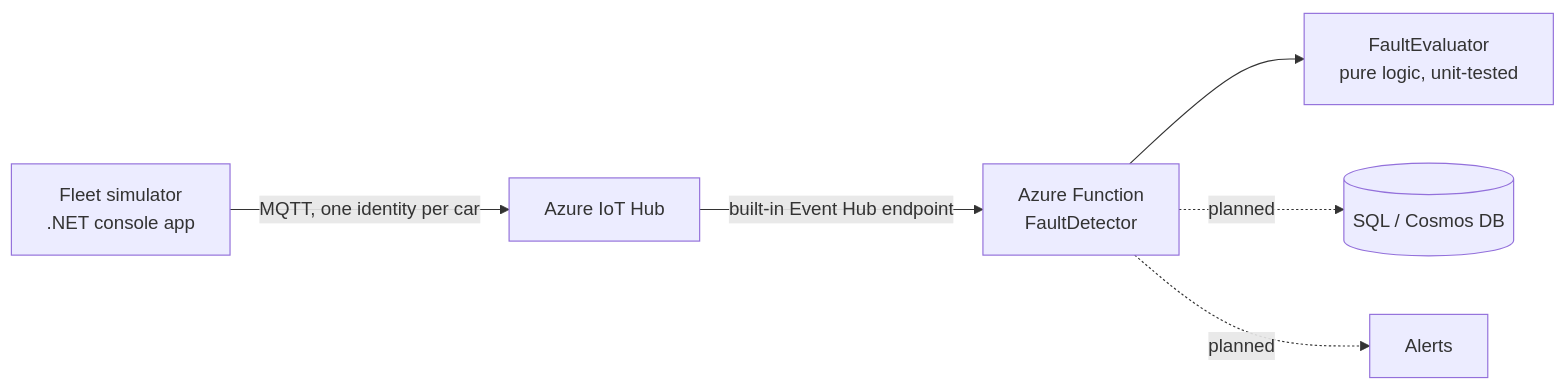
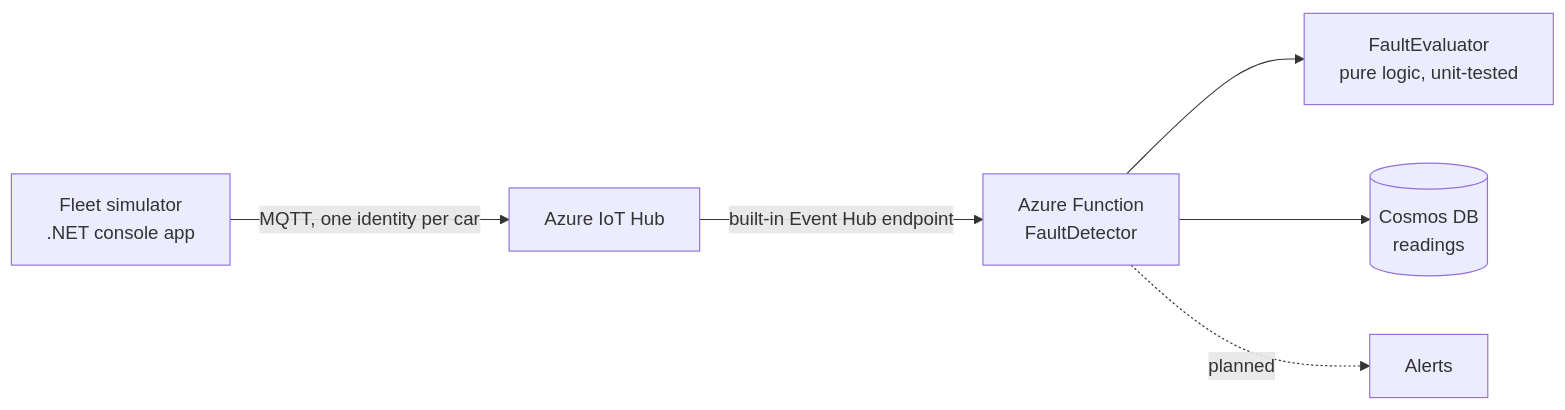
One commit to Kaiv00/telematrack changed the diagram in README.md. Above: the diagram before and after it, drawn with Mermaid. The commit also changed other lines of this file, not shown here.

Commit message:
Add Cosmos integration tests, update README

````diff
--- a/README.md
+++ b/README.md
@@ -9,8 +9,8 @@
 ```mermaid
 flowchart LR
     SIM["Fleet simulator<br/>.NET console app"] -->|"MQTT, one identity per car"| HUB["Azure IoT Hub"]
     HUB -->|"built-in Event Hub endpoint"| FN["Azure Function<br/>FaultDetector"]
     FN --> EVAL["FaultEvaluator<br/>pure logic, unit-tested"]
-    FN -.->|planned| DB[("SQL / Cosmos DB")]
+    FN --> DB[("Cosmos DB<br/>readings")]
     FN -.->|planned| ALERT["Alerts"]
 ```
````
